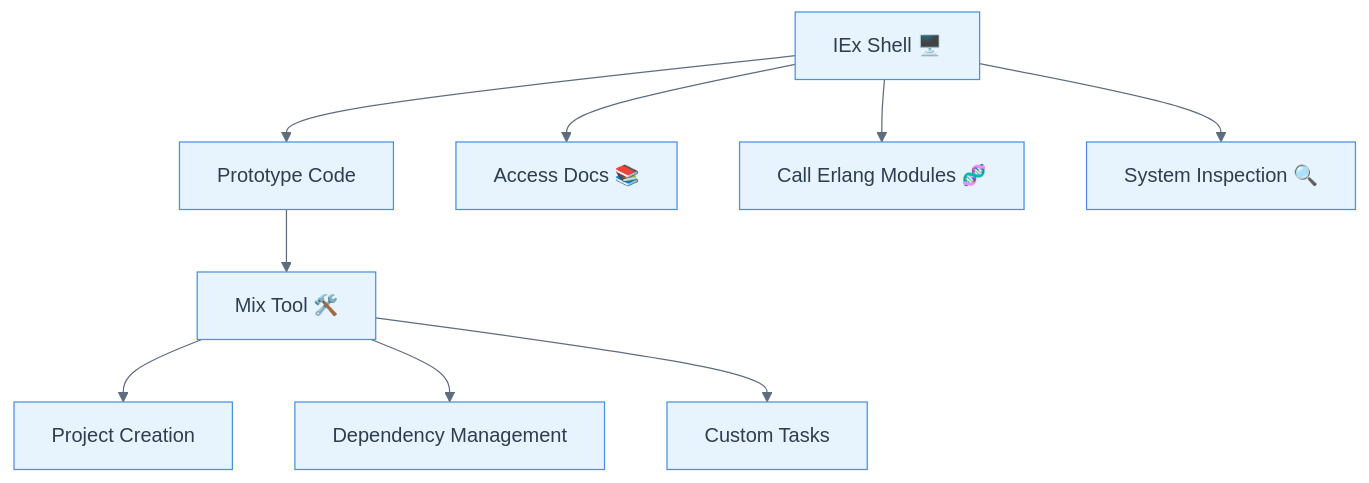
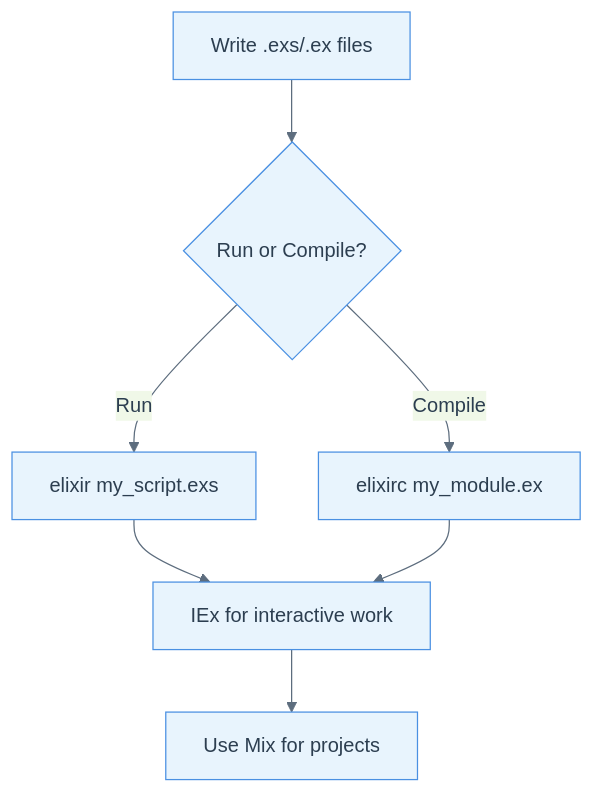
Before and after one commit to enogrob/ebook-elixir-cookbook: the diagram in slides/chapter-01-command-line.md, drawn with Mermaid. The commit also changed other lines of this file and 290 other files, not shown here.

````diff
--- a/slides/chapter-01-command-line.md
+++ b/slides/chapter-01-command-line.md
@@ -72,24 +163,22 @@
 ```mermaid
 %%{init: {
-  'theme':'base',
-  'themeVariables': {
-    'primaryColor':'#E8F4FD',
-    'primaryBorderColor':'#4A90E2',
-    'primaryTextColor':'#2C3E50',
-    'secondaryColor':'#F0F8E8',
-    'tertiaryColor':'#FDF2E8',
-    'quaternaryColor':'#F8E8F8',
-    'lineColor':'#5D6D7E',
-    'fontFamily':'Inter,Segoe UI,Arial'
-  }
+	'theme':'base',
+	'themeVariables': {
+		'primaryColor':'#E8F4FD',
+		'primaryBorderColor':'#4A90E2',
+		'primaryTextColor':'#2C3E50',
+		'secondaryColor':'#F0F8E8',
+		'tertiaryColor':'#FDF2E8',
+		'quaternaryColor':'#F8E8F8',
+		'lineColor':'#5D6D7E',
+		'fontFamily':'Inter,Segoe UI,Arial'
+	}
 }}%%
-graph TD
-  A[IEx Shell 🖥️] --> B[Prototype Code]
-  B --> C[Mix Tool 🛠️]
-  C --> D[Project Creation]
-  C --> E[Dependency Management]
-  C --> F[Custom Tasks]
-  A --> G[Access Docs 📚]
-  A --> H[Call Erlang Modules 🧬]
-  A --> I[System Inspection 🔍]
+graph TB
+	A[Write .exs/.ex files] --> B{Run or Compile?}
+	B -- Run --> C[elixir my_script.exs]
+	B -- Compile --> D[elixirc my_module.ex]
+	C --> E[IEx for interactive work]
+	D --> E
+	E --> F[Use Mix for projects]
 ```
````
